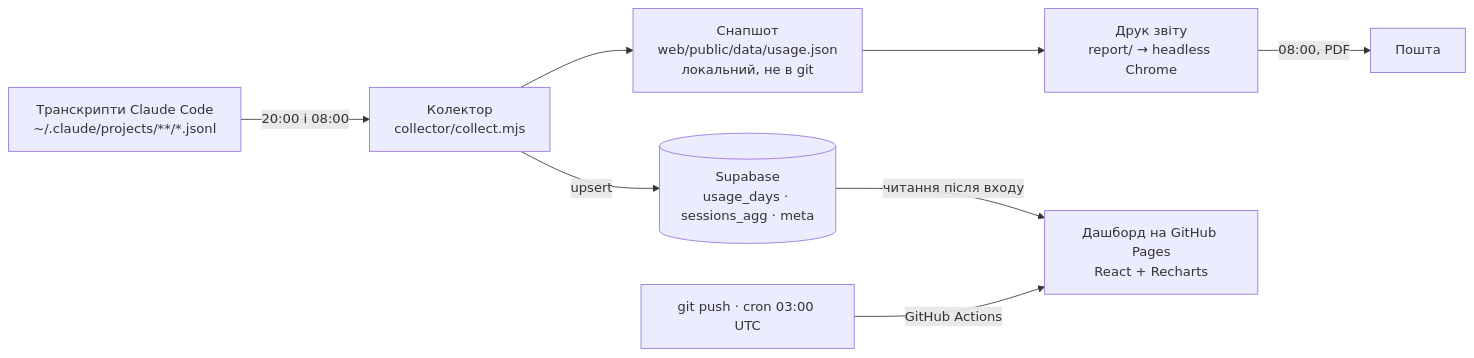
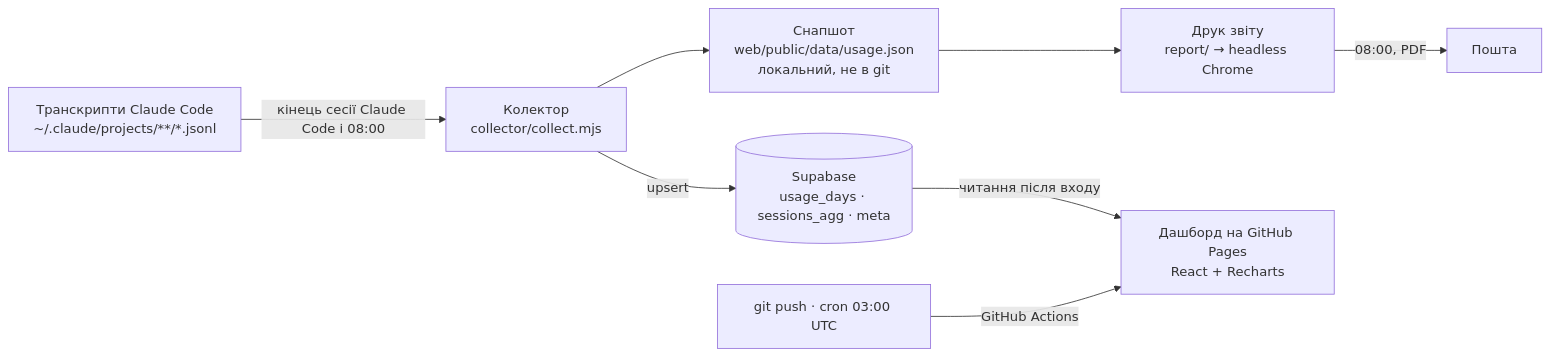
The diagram in PROJECT.md (Nevsky-BI-user/spend-lens), drawn with Mermaid before and after one commit. The commit also changed other lines of this file and 3 other files, not shown here.

````diff
--- a/PROJECT.md
+++ b/PROJECT.md
@@ -26,10 +26,10 @@
 ```mermaid
 flowchart LR
-    A["Транскрипти Claude Code<br/>~/.claude/projects/**/*.jsonl"] -->|"20:00 і 08:00"| B["Колектор<br/>collector/collect.mjs"]
+    A["Транскрипти Claude Code<br/>~/.claude/projects/**/*.jsonl"] -->|"кінець сесії Claude Code і 08:00"| B["Колектор<br/>collector/collect.mjs"]
     B --> C["Снапшот<br/>web/public/data/usage.json<br/>локальний, не в git"]
     B -->|"upsert"| D[("Supabase<br/>usage_days · sessions_agg · meta")]
     C --> E["Друк звіту<br/>report/ → headless Chrome"]
     E -->|"08:00, PDF"| F["Пошта"]
     D -->|"читання після входу"| G["Дашборд на GitHub Pages<br/>React + Recharts"]
     H["git push · cron 03:00 UTC"] -->|"GitHub Actions"| G
 ```
````
